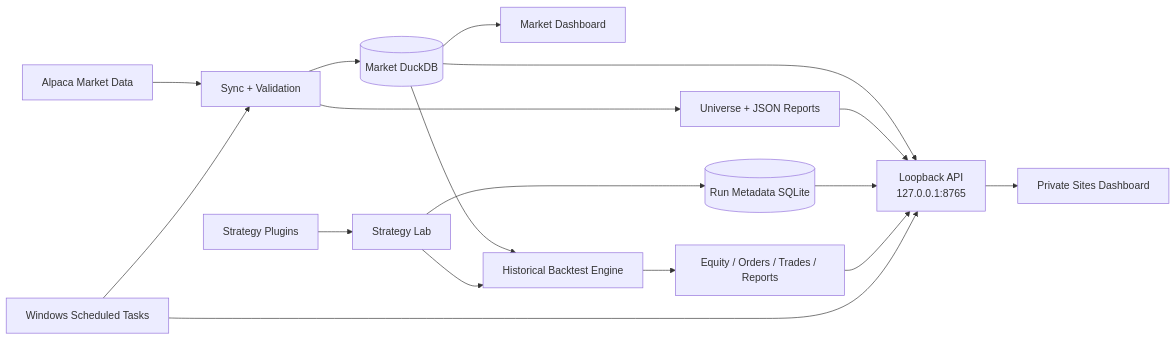
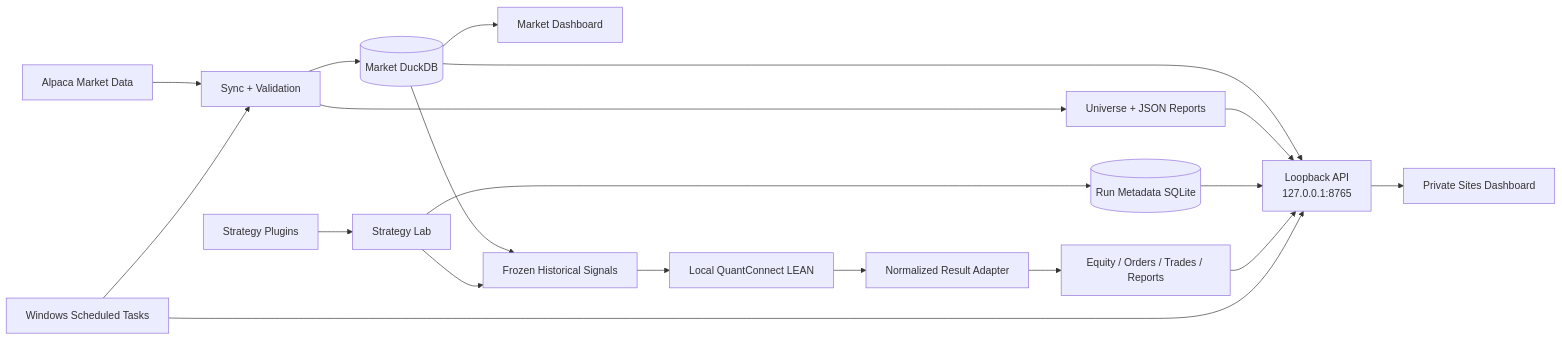
One commit to zhoushuming073-cell/stock-radar changed the diagram in README.md. Above: the diagram before and after it, drawn with Mermaid. The commit also changed other lines of this file and 25 other files, not shown here.

Commit message:
Use local LEAN for web backtests and archive legacy launch

````diff
--- a/README.md
+++ b/README.md
@@ -141,23 +152,25 @@
 ```mermaid
 flowchart LR
     A[Alpaca Market Data] --> B[Sync + Validation]
     B --> C[(Market DuckDB)]
     B --> D[Universe + JSON Reports]
 
     C --> E[Market Dashboard]
-    C --> F[Historical Backtest Engine]
+    C --> S[Frozen Historical Signals]
 
     G[Strategy Plugins] --> H[Strategy Lab]
-    H --> F
+    H --> S
+    S --> F[Local QuantConnect LEAN]
+    F --> N[Normalized Result Adapter]
     H --> I[(Run Metadata SQLite)]
-    F --> J[Equity / Orders / Trades / Reports]
+    N --> J[Equity / Orders / Trades / Reports]
 
     C --> K[Loopback API<br/>127.0.0.1:8765]
     D --> K
     I --> K
     J --> K
     K --> L[Private Sites Dashboard]
 
     M[Windows Scheduled Tasks] --> B
     M --> K
 ```
````
